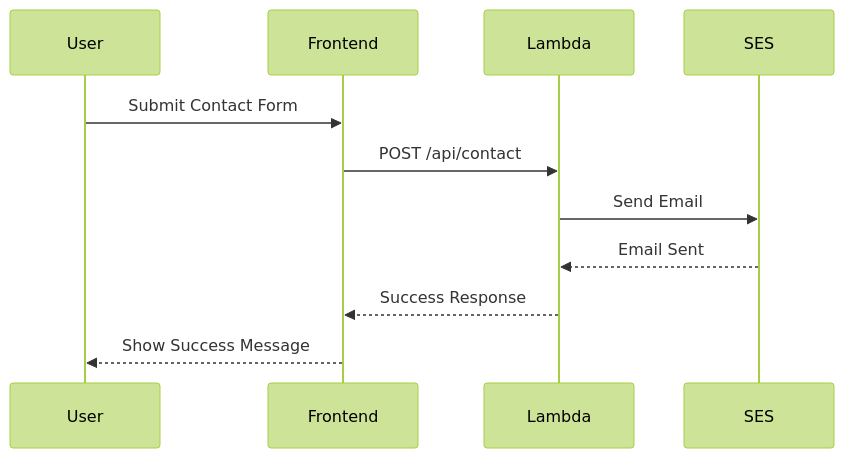
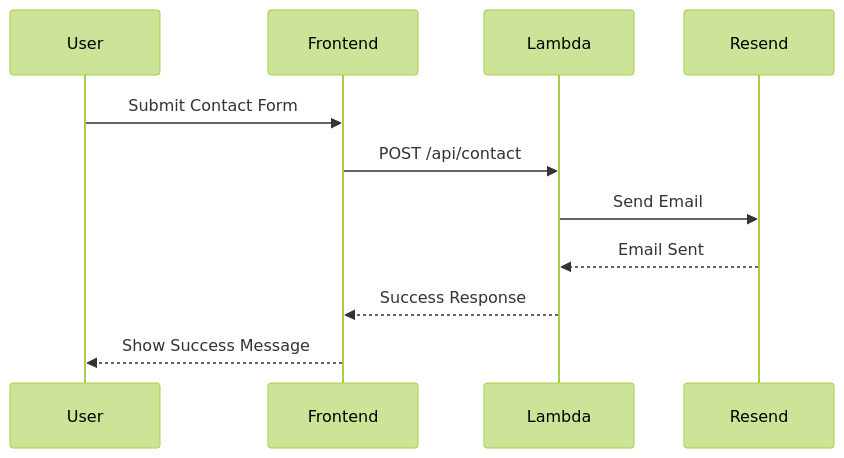
One commit to BjornMelin/bjornmelin-platform-io changed the second of 3 diagrams in README.md. Above: the diagram before and after it, drawn with Mermaid (forest theme). The commit also changed other lines of this file and 105 other files, not shown here.

First line of the commit message:
feat: replace AWS SES with Resend and add contact form security (#190)

````diff
--- a/README.md
+++ b/README.md
@@ -108,14 +108,14 @@
 ```mermaid
 sequenceDiagram
     participant User
     participant Frontend
     participant Lambda
-    participant SES
+    participant Resend
 
     User->>Frontend: Submit Contact Form
     Frontend->>Lambda: POST /api/contact
-    Lambda->>SES: Send Email
-    SES-->>Lambda: Email Sent
+    Lambda->>Resend: Send Email
+    Resend-->>Lambda: Email Sent
     Lambda-->>Frontend: Success Response
     Frontend-->>User: Show Success Message
 ```
````
